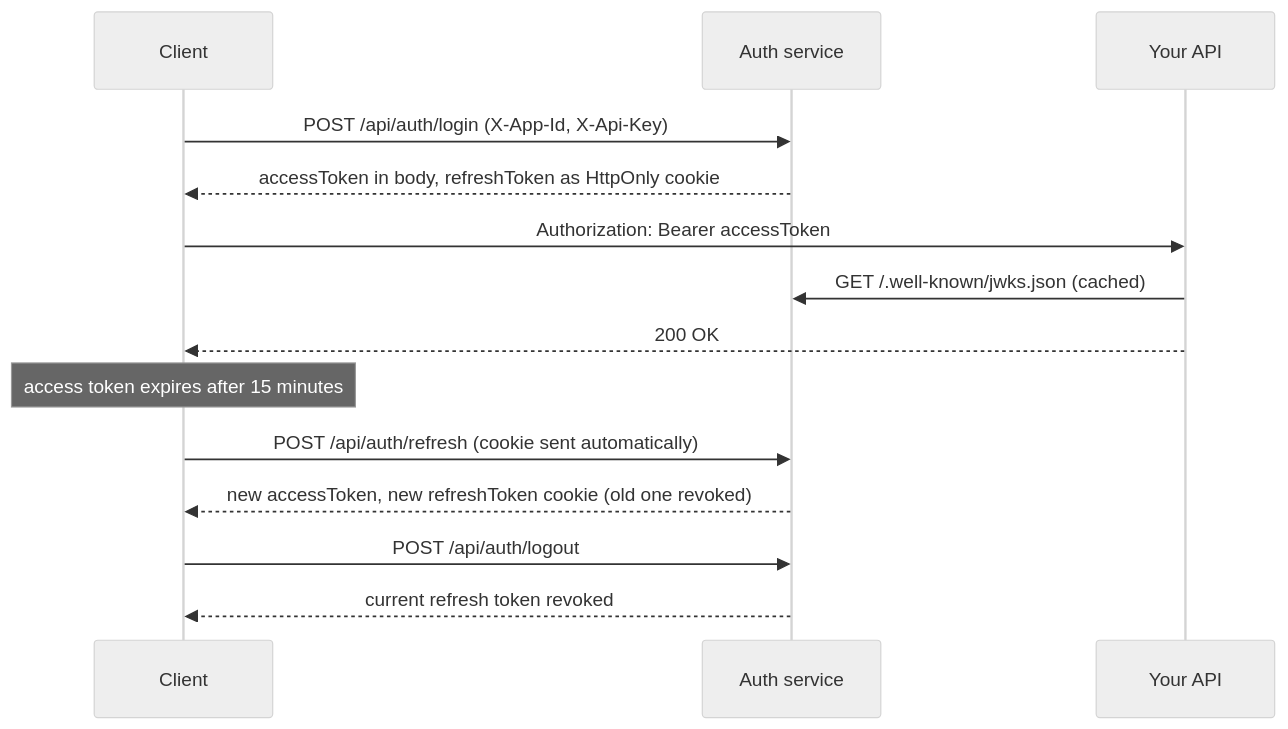
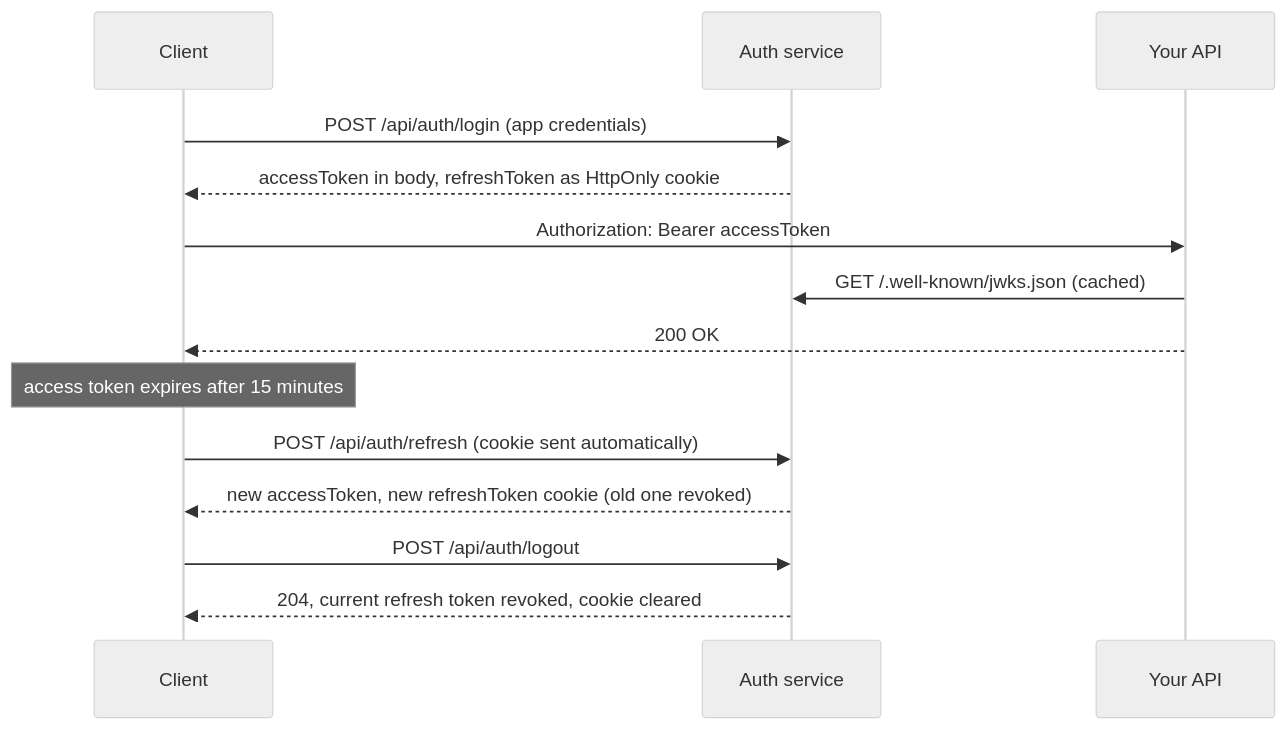
The diagram in README.md (Tharindu-s/dotnet-auth), drawn with Mermaid (neutral theme) before and after one commit. The commit also changed other lines of this file and 133 other files, not shown here.

````diff
--- a/README.md
+++ b/README.md
@@ -59,16 +164,16 @@
 ```mermaid
 sequenceDiagram
     participant C as Client
     participant A as Auth service
     participant R as Your API
-    C->>A: POST /api/auth/login (X-App-Id, X-Api-Key)
+    C->>A: POST /api/auth/login (app credentials)
     A-->>C: accessToken in body, refreshToken as HttpOnly cookie
     C->>R: Authorization: Bearer accessToken
     R->>A: GET /.well-known/jwks.json (cached)
     R-->>C: 200 OK
     Note over C: access token expires after 15 minutes
     C->>A: POST /api/auth/refresh (cookie sent automatically)
     A-->>C: new accessToken, new refreshToken cookie (old one revoked)
     C->>A: POST /api/auth/logout
-    A-->>C: current refresh token revoked
+    A-->>C: 204, current refresh token revoked, cookie cleared
 ```
````
